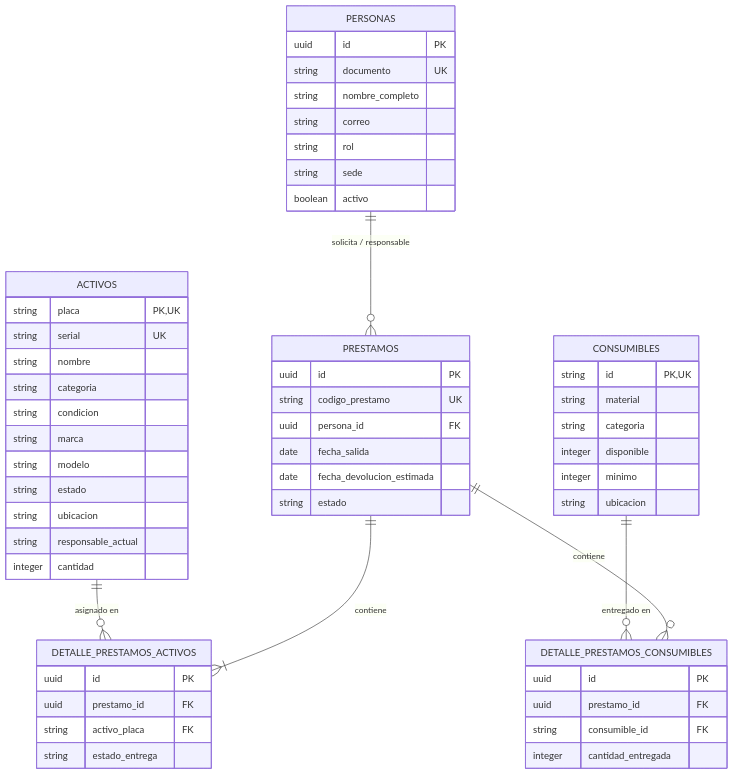
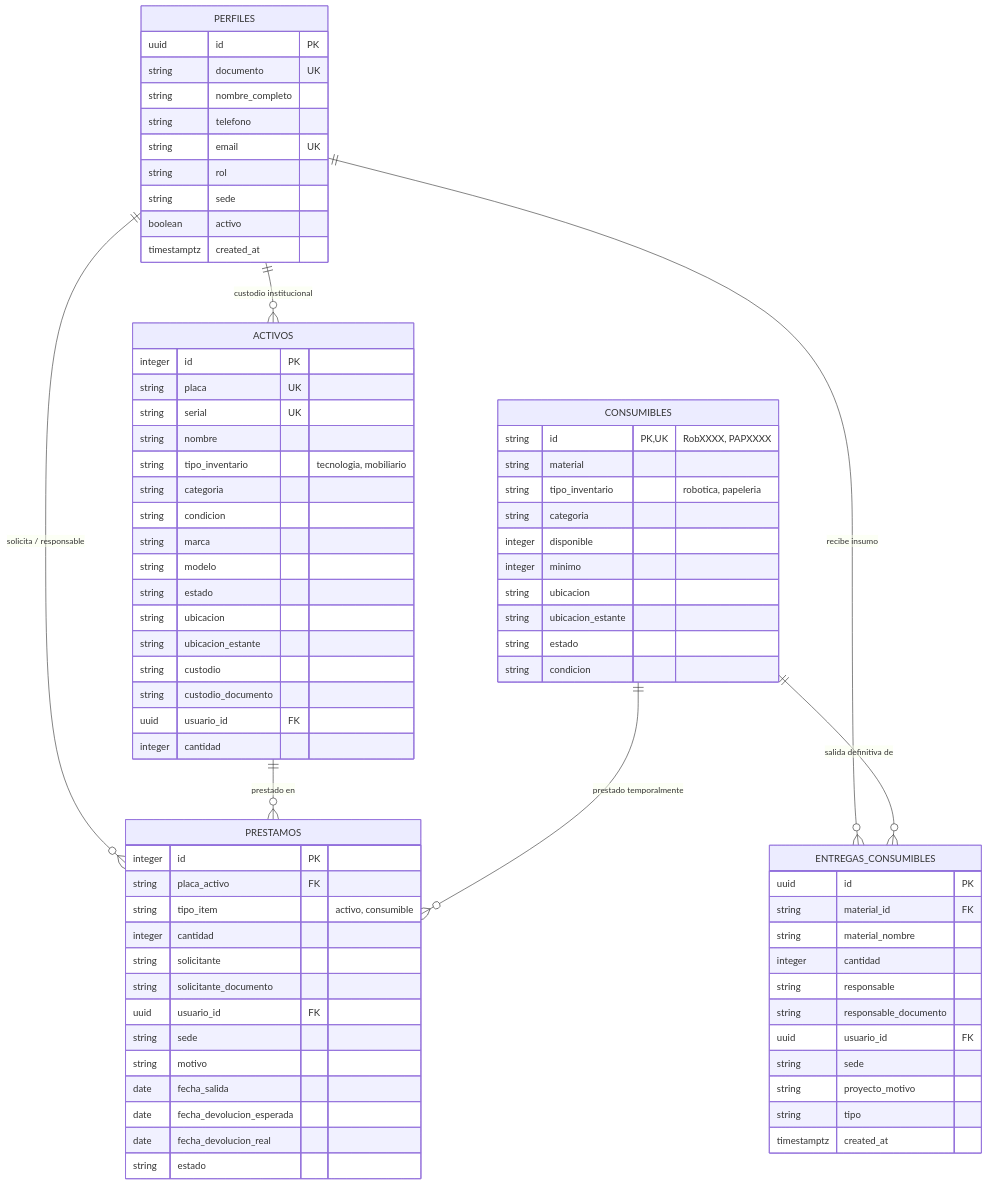
Before and after one commit to Sant15123/Inventario_Marina_Back: the diagram in docs/MODELO_DATOS.md, drawn with Mermaid. The commit also changed other lines of this file and 3 other files, not shown here.

Commit message:
feat(usuarios-inventario): implementar gestión de usuarios con roles, políticas RLS, soporte para papelería/mobiliario y autoconsecutivos

````diff
--- a/docs/MODELO_DATOS.md
+++ b/docs/MODELO_DATOS.md
@@ -5,64 +5,83 @@
 ```mermaid
 erDiagram
-    PERSONAS ||--o{ PRESTAMOS : "solicita / responsable"
-    ACTIVOS ||--o{ DETALLE_PRESTAMOS_ACTIVOS : "asignado en"
-    CONSUMIBLES ||--o{ DETALLE_PRESTAMOS_CONSUMIBLES : "entregado en"
-    PRESTAMOS ||--|{ DETALLE_PRESTAMOS_ACTIVOS : "contiene"
-    PRESTAMOS ||--o{ DETALLE_PRESTAMOS_CONSUMIBLES : "contiene"
+    PERFILES ||--o{ PRESTAMOS : "solicita / responsable"
+    PERFILES ||--o{ ENTREGAS_CONSUMIBLES : "recibe insumo"
+    PERFILES ||--o{ ACTIVOS : "custodio institucional"
+    ACTIVOS ||--o{ PRESTAMOS : "prestado en"
+    CONSUMIBLES ||--o{ PRESTAMOS : "prestado temporalmente"
+    CONSUMIBLES ||--o{ ENTREGAS_CONSUMIBLES : "salida definitiva de"
 
-    PERSONAS {
+    PERFILES {
         uuid id PK
         string documento UK
         string nombre_completo
-        string correo
+        string telefono
+        string email UK
         string rol
         string sede
         boolean activo
+        timestamptz created_at
     }
 
     ACTIVOS {
-        string placa PK,UK
+        integer id PK
+        string placa UK
         string serial UK
         string nombre
+        string tipo_inventario "tecnologia, mobiliario"
         string categoria
         string condicion
         string marca
         string modelo
         string estado
         string ubicacion
-        string responsable_actual
+        string ubicacion_estante
+        string custodio
+        string custodio_documento
+        uuid usuario_id FK
         integer cantidad
     }
 
     CONSUMIBLES {
-        string id PK,UK
+        string id PK,UK "RobXXXX, PAPXXXX"
         string material
+        string tipo_inventario "robotica, papeleria"
         string categoria
         integer disponible
         integer minimo
         string ubicacion
+        string ubicacion_estante
+        string estado
+        string condicion
     }
 
     PRESTAMOS {
-        uuid id PK
-        string codigo_prestamo UK
-        uuid persona_id FK
+        integer id PK
+        string placa_activo FK
+        string tipo_item "activo, consumible"
+        integer cantidad
+        string solicitante
+        string solicitante_documento
+        uuid usuario_id FK
+        string sede
+        string motivo
         date fecha_salida
-        date fecha_devolucion_estimada
+        date fecha_devolucion_esperada
+        date fecha_devolucion_real
         string estado
     }
 
-    DETALLE_PRESTAMOS_ACTIVOS {
+    ENTREGAS_CONSUMIBLES {
         uuid id PK
-        uuid prestamo_id FK
-        string activo_placa FK
-        string estado_entrega
-    }
-
-    DETALLE_PRESTAMOS_CONSUMIBLES {
-        uuid id PK
-        uuid prestamo_id FK
-        string consumible_id FK
-        integer cantidad_entregada
+        string material_id FK
+        string material_nombre
+        integer cantidad
+        string responsable
+        string responsable_documento
+        uuid usuario_id FK
+        string sede
+        string proyecto_motivo
+        string tipo
+        timestamptz created_at
     }
 ```
````
